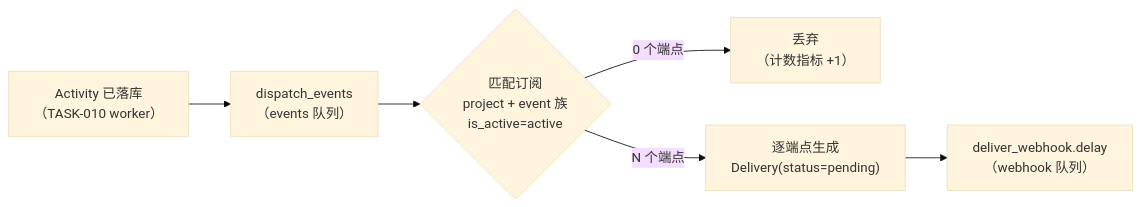
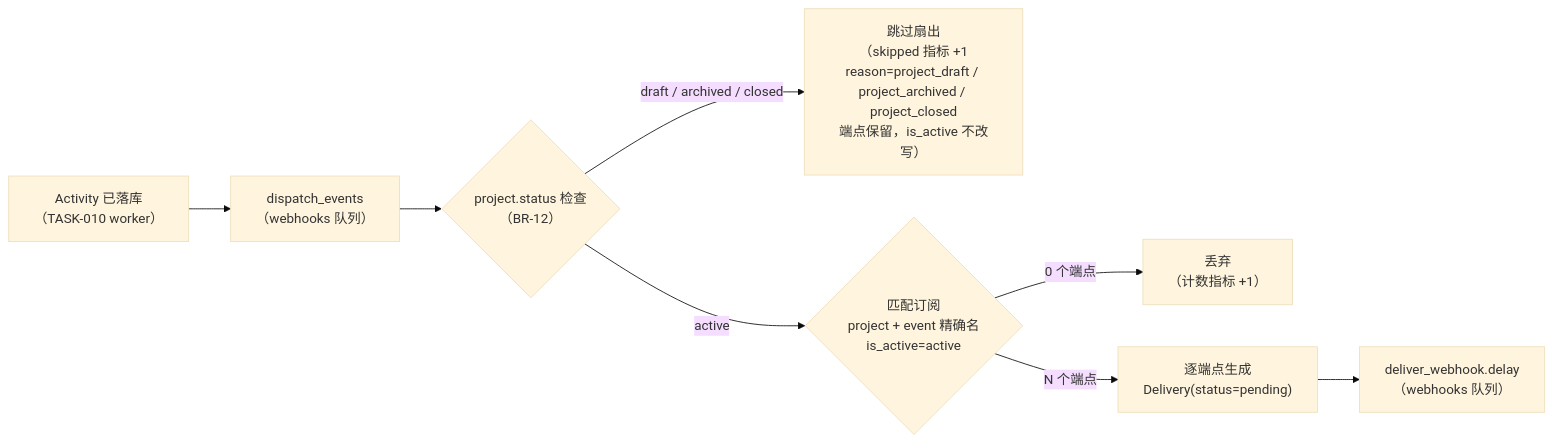
One commit to RabbitAI-Lab/RabbitProjects changed the second of 2 diagrams in docs/sprint-5-integration-standard/INTG-002-webhook-basic.md. Above: the diagram before and after it, drawn with Mermaid (base theme). The commit also changed other lines of this file and 7 other files, not shown here.

````diff
--- a/docs/sprint-5-integration-standard/INTG-002-webhook-basic.md
+++ b/docs/sprint-5-integration-standard/INTG-002-webhook-basic.md
@@ -117,8 +121,10 @@
 ```mermaid
 flowchart LR
-    A["Activity 已落库<br/>（TASK-010 worker）"] --> B["dispatch_events<br/>（events 队列）"]
-    B --> C{"匹配订阅<br/>project + event 族<br/>is_active=active"}
+    A["Activity 已落库<br/>（TASK-010 worker）"] --> B["dispatch_events<br/>（webhooks 队列）"]
+    B --> S{"project.status 检查<br/>（BR-12）"}
+    S -->|"draft / archived / closed"| Y["跳过扇出<br/>（skipped 指标 +1<br/>reason=project_draft / project_archived / project_closed<br/>端点保留，is_active 不改写）"]
+    S -->|"active"| C{"匹配订阅<br/>project + event 精确名<br/>is_active=active"}
     C -->|"0 个端点"| Z["丢弃<br/>（计数指标 +1）"]
     C -->|"N 个端点"| D["逐端点生成<br/>Delivery(status=pending)"]
-    D --> E["deliver_webhook.delay<br/>（webhook 队列）"]
+    D --> E["deliver_webhook.delay<br/>（webhooks 队列）"]
 ```
````
